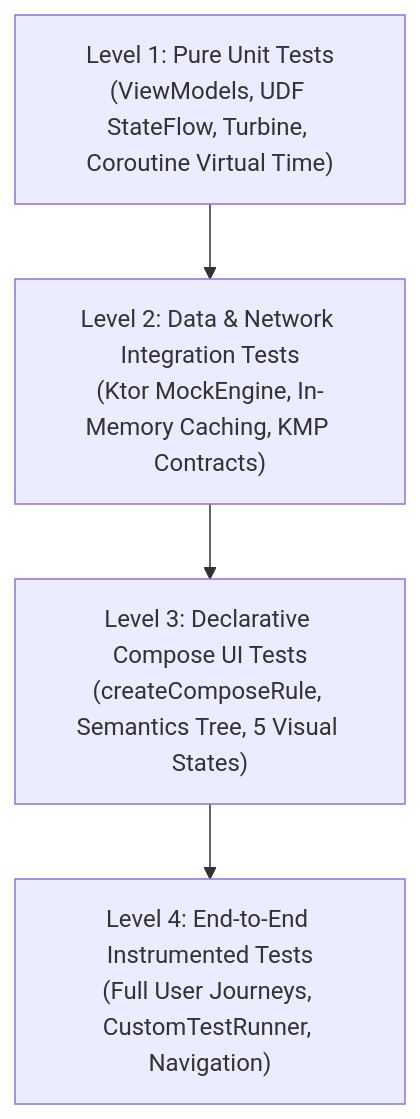
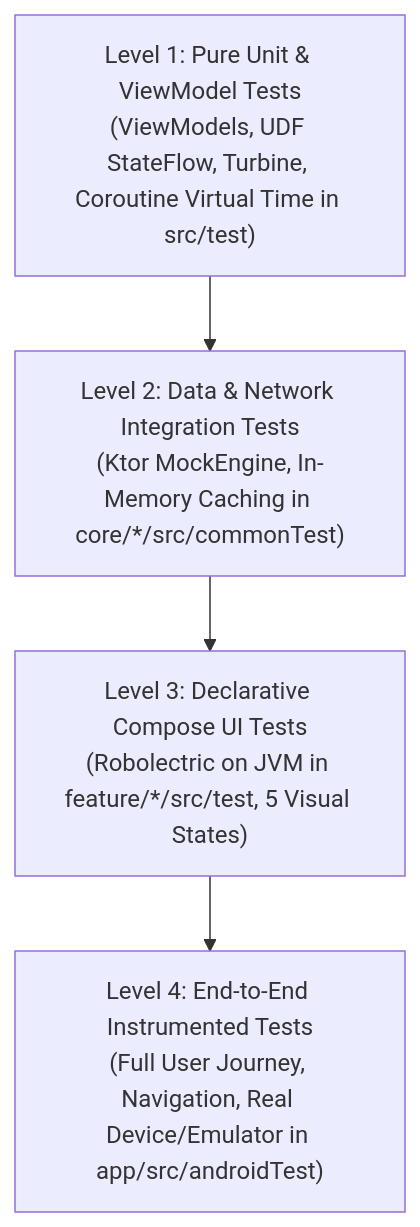
The diagram in docs/02_project_architecture/testing/readme.md (dinkar1708/dinakar-android-engineer-codecheck), drawn with Mermaid before and after one commit. The commit also changed other lines of this file and 7 other files, not shown here.

Commit message:
docs(testing): clarify 3-guide testing architecture with exact folder names and locations

````diff
--- a/docs/02_project_architecture/testing/readme.md
+++ b/docs/02_project_architecture/testing/readme.md
@@ -12,9 +12,9 @@
 ```mermaid
 flowchart TD
-    E2E["Level 4: End-to-End Instrumented Tests<br/>(Full User Journeys, CustomTestRunner, Navigation)"]
-    UI["Level 3: Declarative Compose UI Tests<br/>(createComposeRule, Semantics Tree, 5 Visual States)"]
-    INT["Level 2: Data & Network Integration Tests<br/>(Ktor MockEngine, In-Memory Caching, KMP Contracts)"]
-    UNIT["Level 1: Pure Unit Tests<br/>(ViewModels, UDF StateFlow, Turbine, Coroutine Virtual Time)"]
+    E2E["Level 4: End-to-End Instrumented Tests<br/>(Full User Journey, Navigation, Real Device/Emulator in app/src/androidTest)"]
+    UI["Level 3: Declarative Compose UI Tests<br/>(Robolectric on JVM in feature/*/src/test, 5 Visual States)"]
+    INT["Level 2: Data & Network Integration Tests<br/>(Ktor MockEngine, In-Memory Caching in core/*/src/commonTest)"]
+    UNIT["Level 1: Pure Unit & ViewModel Tests<br/>(ViewModels, UDF StateFlow, Turbine, Coroutine Virtual Time in src/test)"]
 
     UNIT --> INT --> UI --> E2E
 ```
````
